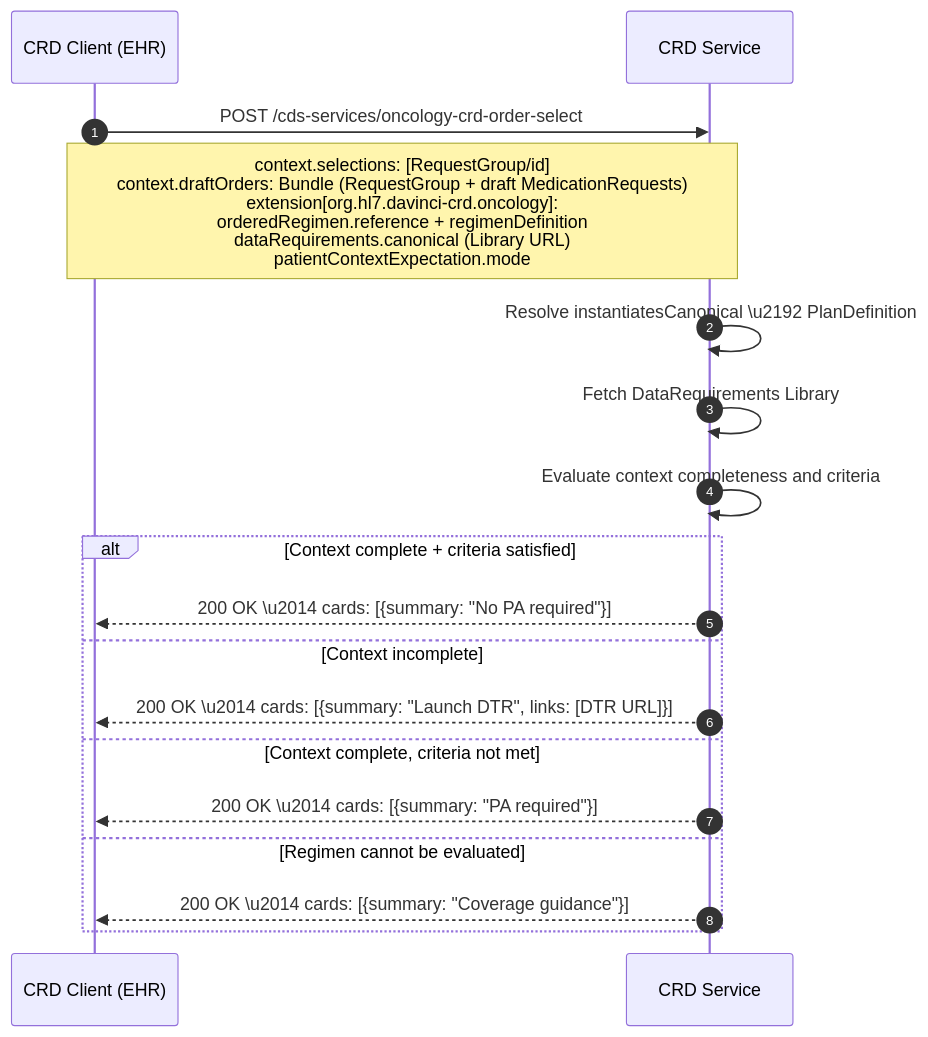
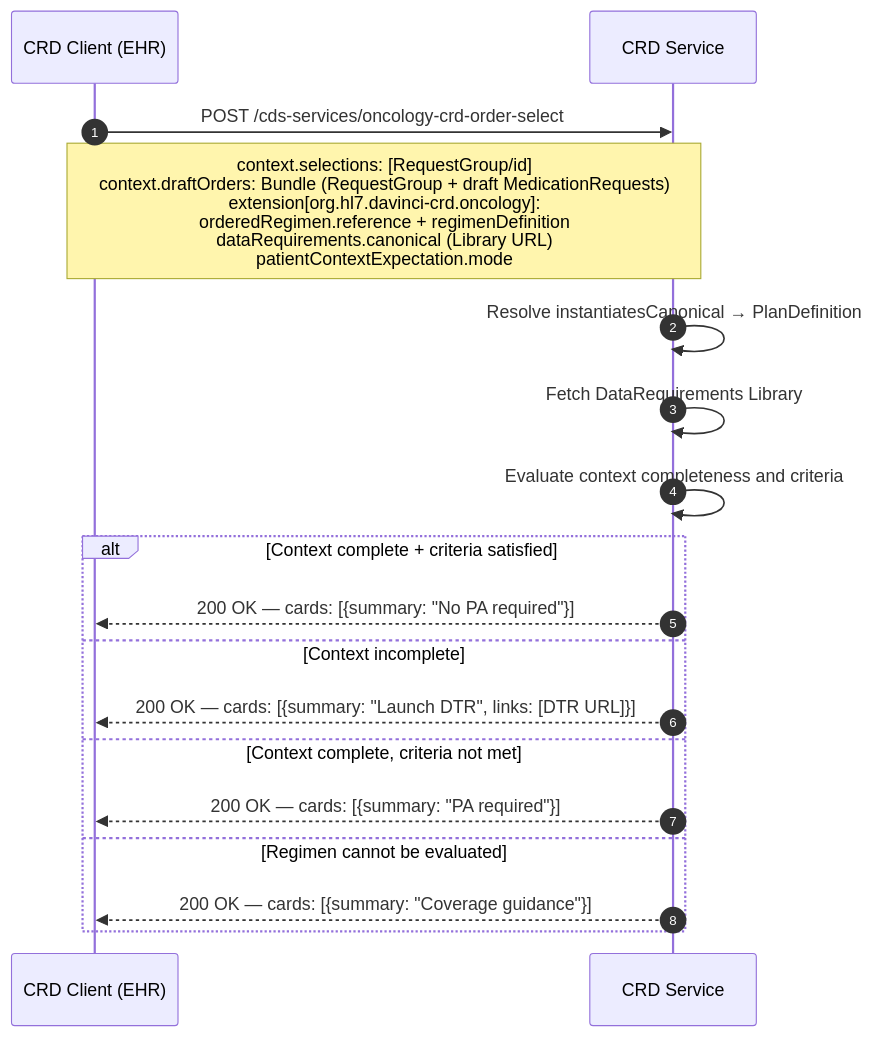
Before and after one commit to reason-healthcare/hl7-codex-ocpa: the diagram in input/pagecontent/cds-hooks-extension.md, drawn with Mermaid. The commit also changed 1 other file, not shown here.

Commit message:
fix: replace unicode escape sequences with literal characters in diagrams
\u2014 (em dash) and \u2192 (right arrow) were rendering as literal
escape sequences inside Mermaid diagram labels. Replaced with the
actual UTF-8 characters — and → in use-cases.md and
cds-hooks-extension.md.

````diff
--- a/input/pagecontent/cds-hooks-extension.md
+++ b/input/pagecontent/cds-hooks-extension.md
@@ -72,24 +72,24 @@
 ```mermaid
 %%{init: {'sequence': {'htmlLabels': false}}}%%
 sequenceDiagram
   autonumber
   participant EHR as CRD Client (EHR)
   participant CRD as CRD Service
 
   EHR->>CRD: POST /cds-services/oncology-crd-order-select
   Note over EHR,CRD: context.selections: [RequestGroup/id]<br/>context.draftOrders: Bundle (RequestGroup + draft MedicationRequests)<br/>extension[org.hl7.davinci-crd.oncology]:<br/>  orderedRegimen.reference + regimenDefinition<br/>  dataRequirements.canonical (Library URL)<br/>  patientContextExpectation.mode
 
-  CRD->>CRD: Resolve instantiatesCanonical \u2192 PlanDefinition
+  CRD->>CRD: Resolve instantiatesCanonical → PlanDefinition
   CRD->>CRD: Fetch DataRequirements Library
   CRD->>CRD: Evaluate context completeness and criteria
 
   alt Context complete + criteria satisfied
-    CRD-->>EHR: 200 OK \u2014 cards: [{summary: "No PA required"}]
+    CRD-->>EHR: 200 OK — cards: [{summary: "No PA required"}]
   else Context incomplete
-    CRD-->>EHR: 200 OK \u2014 cards: [{summary: "Launch DTR", links: [DTR URL]}]
+    CRD-->>EHR: 200 OK — cards: [{summary: "Launch DTR", links: [DTR URL]}]
   else Context complete, criteria not met
-    CRD-->>EHR: 200 OK \u2014 cards: [{summary: "PA required"}]
+    CRD-->>EHR: 200 OK — cards: [{summary: "PA required"}]
   else Regimen cannot be evaluated
-    CRD-->>EHR: 200 OK \u2014 cards: [{summary: "Coverage guidance"}]
+    CRD-->>EHR: 200 OK — cards: [{summary: "Coverage guidance"}]
   end
 ```
````
